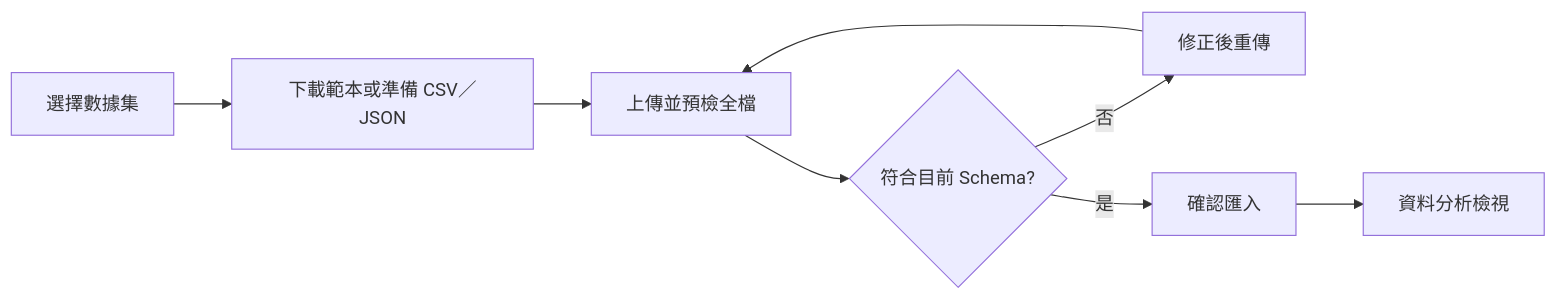
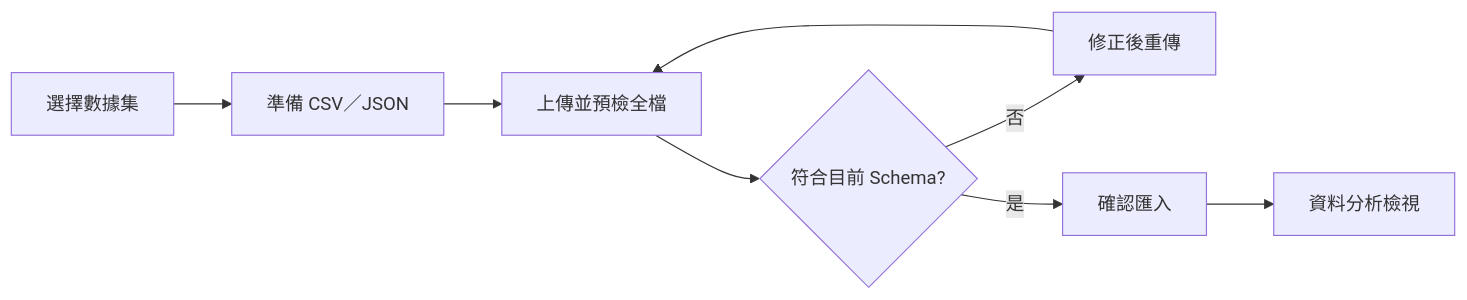
Before and after one commit to gaespa007648/data-monitor-platform: the diagram in docs/streamlit-user-guide.md, drawn with Mermaid. The commit also changed other lines of this file and 7 other files, not shown here.

````diff
--- a/docs/streamlit-user-guide.md
+++ b/docs/streamlit-user-guide.md
@@ -24,10 +24,10 @@
 ```mermaid
 flowchart LR
-    A[選擇數據集] --> B[下載範本或準備 CSV／JSON]
+    A[選擇數據集] --> B[準備 CSV／JSON]
     B --> C[上傳並預檢全檔]
     C --> D{符合目前 Schema?}
     D -->|否| E[修正後重傳]
     E --> C
     D -->|是| F[確認匯入]
     F --> G[資料分析檢視]
 ```
````
